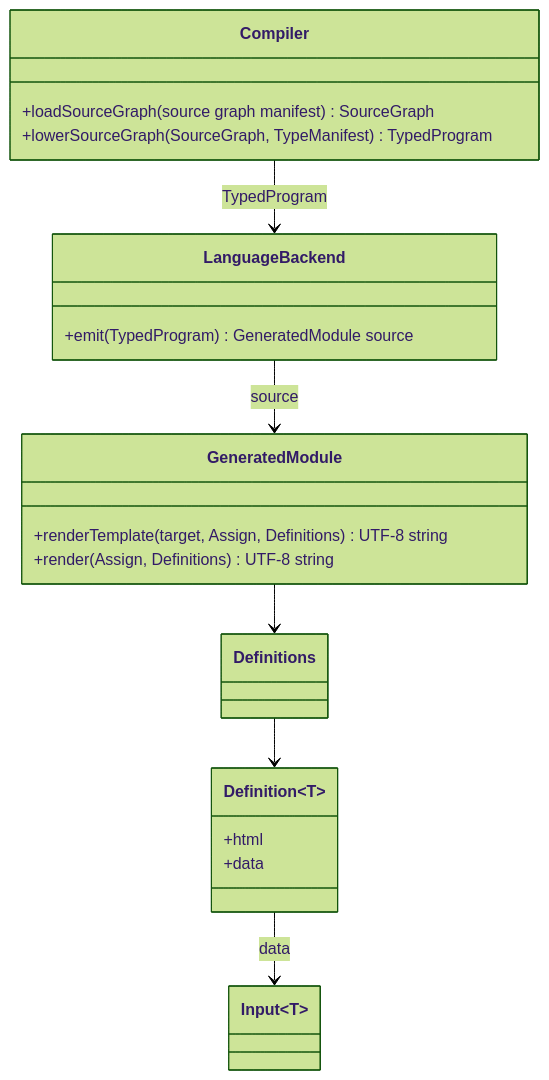
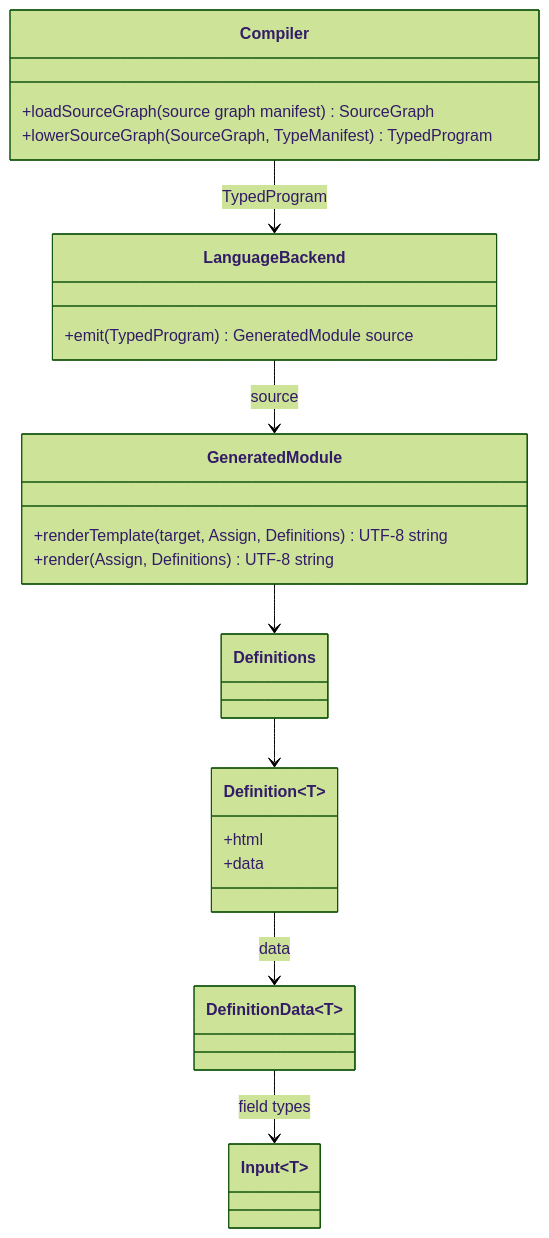
Before and after one commit to polyspec/template: the diagram in tools/compiler/generated/compiler-classes.mmd, drawn with Mermaid (forest theme). The commit also changed 22 other files, not shown here.

Commit message:
Preserve partial definition data in generated code

```diff
--- a/tools/compiler/generated/compiler-classes.mmd
+++ b/tools/compiler/generated/compiler-classes.mmd
@@ -1,23 +1,25 @@
 classDiagram
   class Compiler {
     +loadSourceGraph(source graph manifest) SourceGraph
     +lowerSourceGraph(SourceGraph, TypeManifest) TypedProgram
   }
   class LanguageBackend {
     +emit(TypedProgram) GeneratedModule source
   }
   class GeneratedModule {
     +renderTemplate(target, Assign, Definitions) UTF-8 string
     +render(Assign, Definitions) UTF-8 string
   }
   class Definition~T~ {
     +html
     +data
   }
+  class DefinitionData~T~
   class Definitions
   class Input~T~
   Compiler --> LanguageBackend : TypedProgram
   LanguageBackend --> GeneratedModule : source
   GeneratedModule --> Definitions
   Definitions --> Definition~T~
-  Definition~T~ --> Input~T~ : data
+  Definition~T~ --> DefinitionData~T~ : data
+  DefinitionData~T~ --> Input~T~ : field types
```
